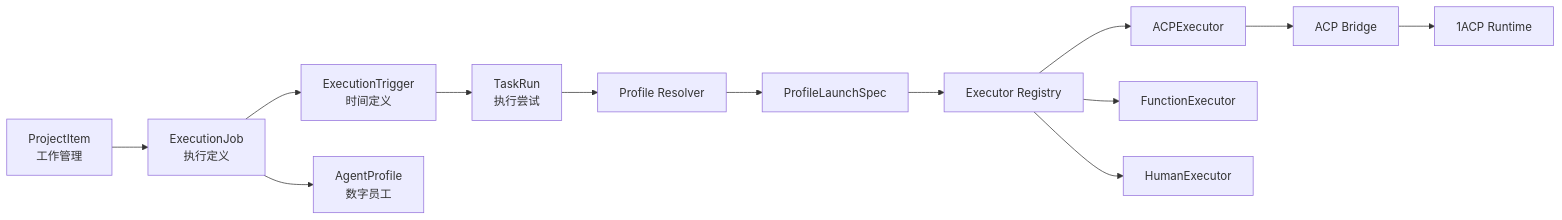
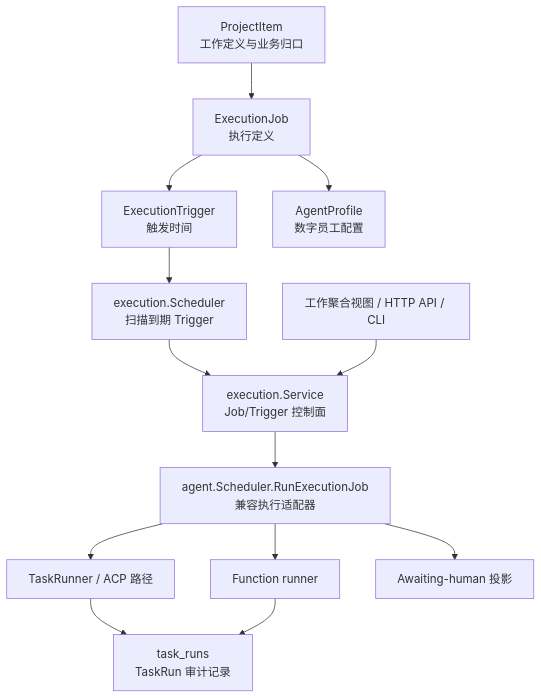
Before and after one commit to scottzx/1agents: the diagram in docs/architecture/execution-job-agent-profile-architecture.md, drawn with Mermaid. The commit also changed other lines of this file and 31 other files, not shown here.

Commit message:
feat: migrate execution jobs to cli

````diff
--- a/docs/architecture/execution-job-agent-profile-architecture.md
+++ b/docs/architecture/execution-job-agent-profile-architecture.md
@@ -148,29 +42,24 @@
 ```mermaid
-flowchart LR
-    WorkItem["ProjectItem<br/>工作管理"]
+flowchart TD
+    Item["ProjectItem<br/>工作定义与业务归口"]
     Job["ExecutionJob<br/>执行定义"]
-    Trigger["ExecutionTrigger<br/>时间定义"]
-    Run["TaskRun<br/>执行尝试"]
-    Profile["AgentProfile<br/>数字员工"]
-    Resolver["Profile Resolver"]
-    Launch["ProfileLaunchSpec"]
-    Registry["Executor Registry"]
-    ACP["ACPExecutor"]
-    Function["FunctionExecutor"]
-    Human["HumanExecutor"]
-    Bridge["ACP Bridge"]
-    Runtime["1ACP Runtime"]
+    Trigger["ExecutionTrigger<br/>触发时间"]
+    Profile["AgentProfile<br/>数字员工配置"]
+    ES["execution.Scheduler<br/>扫描到期 Trigger"]
+    Service["execution.Service<br/>Job/Trigger 控制面"]
+    Adapter["agent.Scheduler.RunExecutionJob<br/>兼容执行适配器"]
+    Agent["TaskRunner / ACP 路径"]
+    Function["Function runner"]
+    Human["Awaiting-human 投影"]
+    Run["task_runs<br/>TaskRun 审计记录"]
+    UI["工作聚合视图 / HTTP API / CLI"]
 
-    WorkItem --> Job
+    Item --> Job
     Job --> Trigger
-    Trigger --> Run
     Job --> Profile
-    Run --> Resolver
-    Resolver --> Launch
-    Launch --> Registry
-    Registry --> ACP
-    Registry --> Function
-    Registry --> Human
-    ACP --> Bridge
-    Bridge --> Runtime
+    Trigger --> ES --> Service --> Adapter
+    UI --> Service
+    Adapter --> Agent --> Run
+    Adapter --> Function --> Run
+    Adapter --> Human
 ```
````
